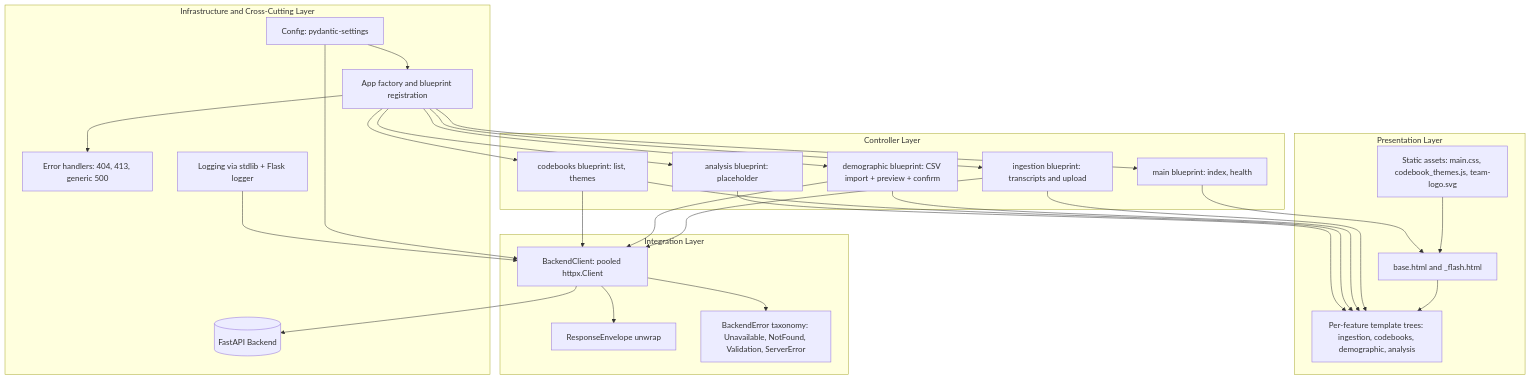
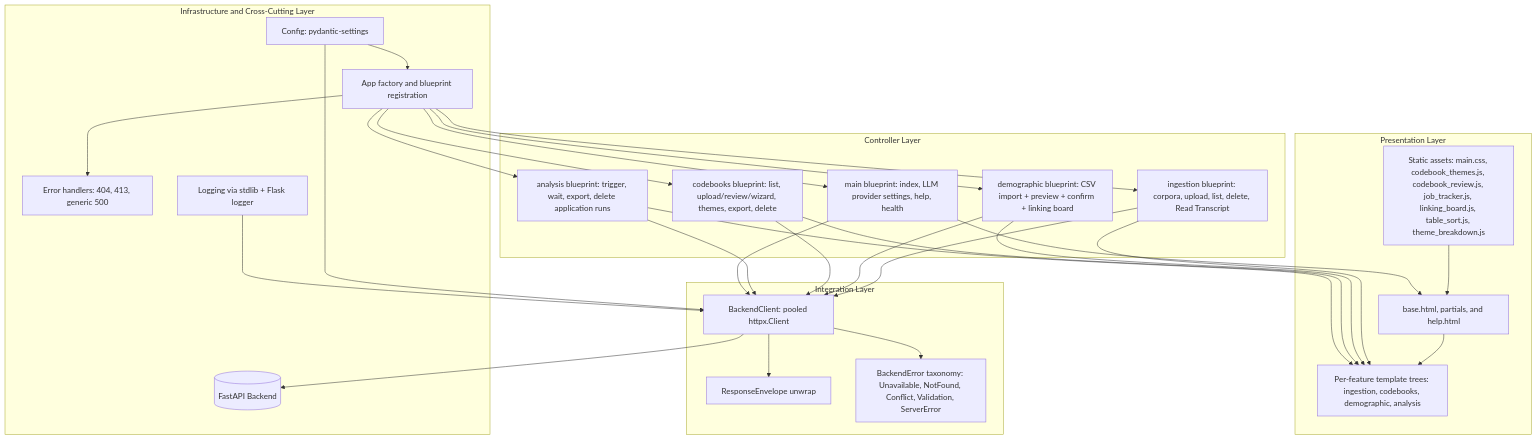
Before and after one commit to amosproj/amos2026ss02-automated-thematic-analysis: the diagram in Documentation/Frontend-and-Routing.md, drawn with Mermaid. The commit also changed other lines of this file and 3 other files, not shown here.

````diff
--- a/Documentation/Frontend-and-Routing.md
+++ b/Documentation/Frontend-and-Routing.md
@@ -10,57 +10,59 @@
 ```mermaid
 flowchart TB
     subgraph Presentation_Layer[Presentation Layer]
-        BASE[base.html and _flash.html]
+        BASE[base.html, partials, and help.html]
         TPL[Per-feature template trees: ingestion, codebooks, demographic, analysis]
-        ST[Static assets: main.css, codebook_themes.js, team-logo.svg]
+        ST[Static assets: main.css, codebook_themes.js, codebook_review.js, job_tracker.js, linking_board.js, table_sort.js, theme_breakdown.js]
     end
 
     subgraph Controller_Layer[Controller Layer]
-        MAIN[main blueprint: index, health]
-        ING[ingestion blueprint: transcripts and upload]
-        DEM[demographic blueprint: CSV import + preview + confirm]
-        CB[codebooks blueprint: list, themes]
-        AN[analysis blueprint: placeholder]
+        MAIN[main blueprint: index, LLM provider settings, help, health]
+        ING[ingestion blueprint: corpora, upload, list, delete, Read Transcript]
+        DEM[demographic blueprint: CSV import + preview + confirm + linking board]
+        CB[codebooks blueprint: list, upload/review/wizard, themes, export, delete]
+        AN[analysis blueprint: trigger, wait, export, delete application runs]
     end
 
     subgraph Integration_Layer[Integration Layer]
         BC[BackendClient: pooled httpx.Client]
         ENV[ResponseEnvelope unwrap]
-        ERR[BackendError taxonomy: Unavailable, NotFound, Validation, ServerError]
+        ERR[BackendError taxonomy: Unavailable, NotFound, Conflict, Validation, ServerError]
     end
 
     subgraph Infrastructure_Layer[Infrastructure and Cross-Cutting Layer]
         FAC[App factory and blueprint registration]
         CFG[Config: pydantic-settings]
         EH[Error handlers: 404, 413, generic 500]
         LOG[Logging via stdlib + Flask logger]
         API[(FastAPI Backend)]
     end
 
     BASE --> TPL
     ST --> BASE
 
     MAIN --> BASE
     ING --> TPL
     DEM --> TPL
     CB --> TPL
     AN --> TPL
 
     ING --> BC
     DEM --> BC
     CB --> BC
+    AN --> BC
+    MAIN --> BC
 
     BC --> ENV
     BC --> ERR
     BC --> API
 
     FAC --> MAIN
     FAC --> ING
     FAC --> DEM
     FAC --> CB
     FAC --> AN
     FAC --> EH
     CFG --> BC
     CFG --> FAC
     LOG --> BC
 ```
````
